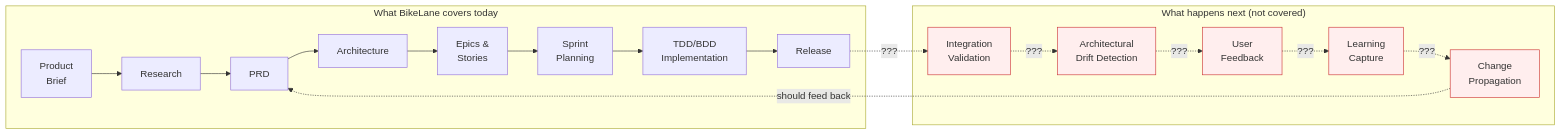
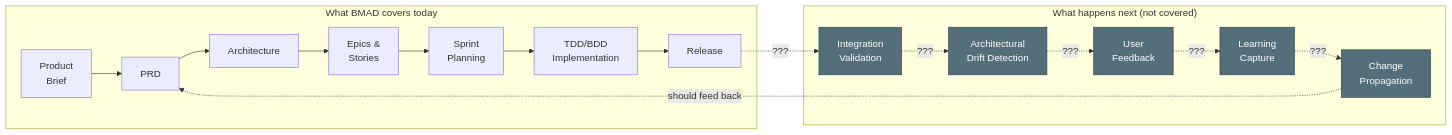
Before and after one commit to slabgorb/orc-penny: the first of 13 diagrams in docs/lifecycle-improvement-rs.md, drawn with Mermaid. The commit also changed other lines of this file, not shown here.

First line of the commit message:
docs: expand lifecycle improvement brief with BMAD framing and structural analysis

````diff
--- a/docs/lifecycle-improvement-rs.md
+++ b/docs/lifecycle-improvement-rs.md
@@ -20,29 +46,29 @@
 ```mermaid
 graph LR
-    subgraph "What BikeLane covers today"
-        PB["Product<br/>Brief"] --> R["Research"] --> PRD["PRD"] --> ARCH["Architecture"]
+    subgraph "What BMAD covers today"
+        PB["Product<br/>Brief"] --> PRD["PRD"] --> ARCH["Architecture"]
         ARCH --> ES["Epics &<br/>Stories"] --> SP["Sprint<br/>Planning"] --> IMPL["TDD/BDD<br/>Implementation"]
         IMPL --> REL["Release"]
     end
 
     subgraph "What happens next (not covered)"
         INT["Integration<br/>Validation"]
         DRIFT["Architectural<br/>Drift Detection"]
         FB["User<br/>Feedback"]
         LEARN["Learning<br/>Capture"]
         PROP["Change<br/>Propagation"]
     end
 
     REL -.->|"???"| INT
     INT -.->|"???"| DRIFT
     DRIFT -.->|"???"| FB
     FB -.->|"???"| LEARN
     LEARN -.->|"???"| PROP
     PROP -.->|"should feed back"| PRD
 
-    style INT fill:#fee,stroke:#c33
-    style DRIFT fill:#fee,stroke:#c33
-    style FB fill:#fee,stroke:#c33
-    style LEARN fill:#fee,stroke:#c33
-    style PROP fill:#fee,stroke:#c33
+    style INT fill:#546e7a,stroke:#29434e,color:#fff
+    style DRIFT fill:#546e7a,stroke:#29434e,color:#fff
+    style FB fill:#546e7a,stroke:#29434e,color:#fff
+    style LEARN fill:#546e7a,stroke:#29434e,color:#fff
+    style PROP fill:#546e7a,stroke:#29434e,color:#fff
 ```
````
